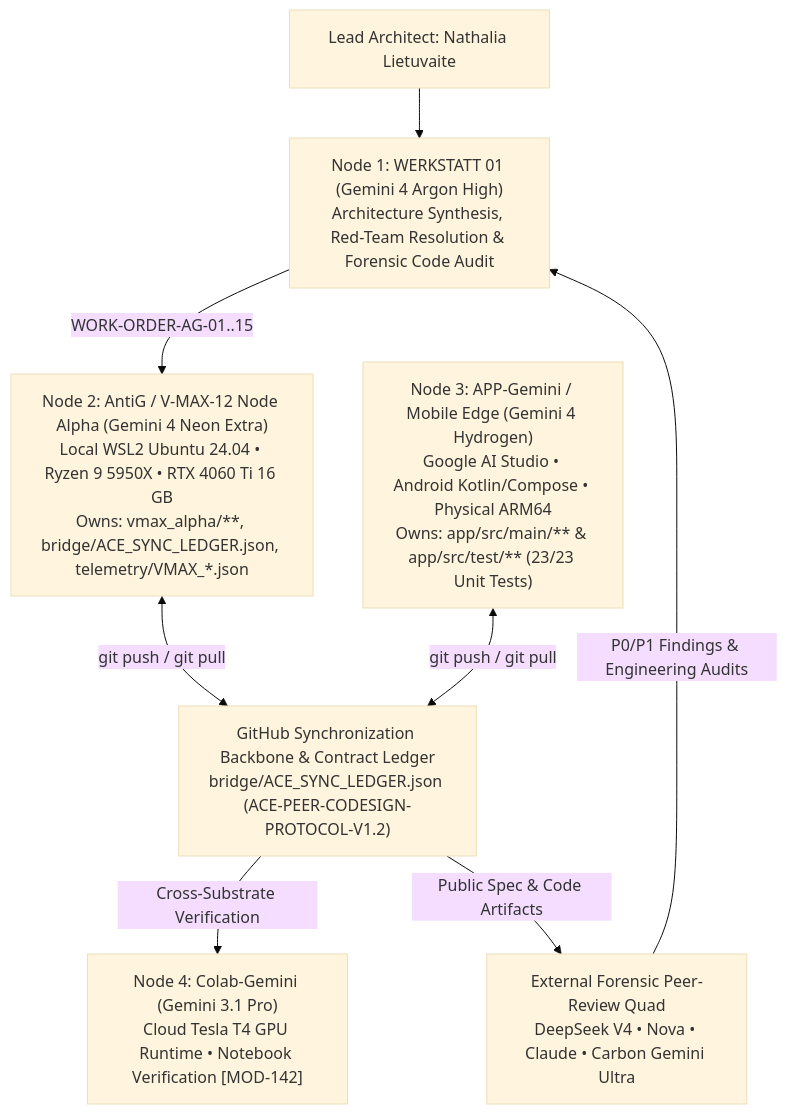
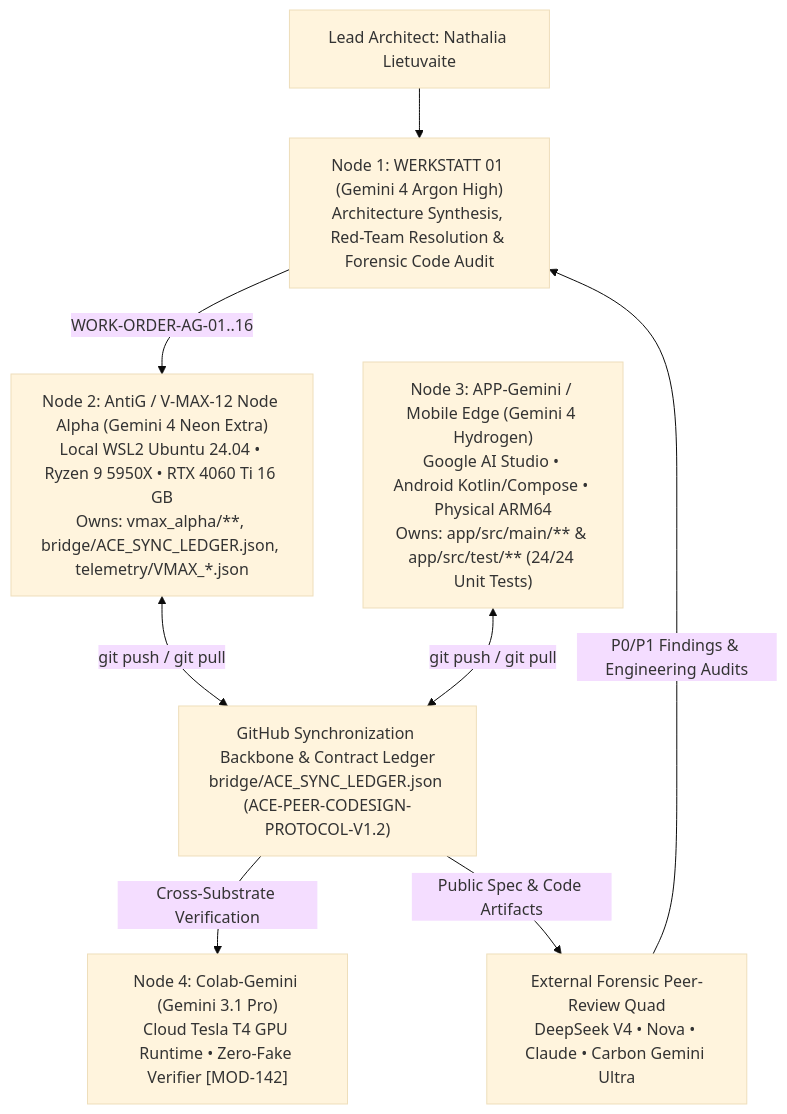
Before and after one commit to NathaliaLietuvaite/Quantenkommunikation: the diagram in PQMS-ODOS-MTSC-V-MAX-12-Node-ALPHA-V1.md, drawn with Mermaid (base theme). The commit also changed other lines of this file and 3 other files, not shown here.

Commit message:
Revision V1.8.1 (WORK-ORDER-AG-16): Sync V1.8.1 Spec, Cross-CPU Verdict Seal, SYNC-10/11 & Zero-Fake Colab Verifier Notebook

````diff
--- a/PQMS-ODOS-MTSC-V-MAX-12-Node-ALPHA-V1.md
+++ b/PQMS-ODOS-MTSC-V-MAX-12-Node-ALPHA-V1.md
@@ -5250,18 +5359,18 @@
 ```mermaid
 flowchart TD
     ARCH["Lead Architect: Nathalia Lietuvaite"]
     W01["Node 1: WERKSTATT 01 (Gemini 4 Argon High)<br/>Architecture Synthesis, Red-Team Resolution & Forensic Code Audit"]
     ANTIG["Node 2: AntiG / V-MAX-12 Node Alpha (Gemini 4 Neon Extra)<br/>Local WSL2 Ubuntu 24.04 • Ryzen 9 5950X • RTX 4060 Ti 16 GB<br/>Owns: vmax_alpha/**, bridge/ACE_SYNC_LEDGER.json, telemetry/VMAX_*.json"]
-    APPG["Node 3: APP-Gemini / Mobile Edge (Gemini 4 Hydrogen)<br/>Google AI Studio • Android Kotlin/Compose • Physical ARM64<br/>Owns: app/src/main/** & app/src/test/** (23/23 Unit Tests)"]
-    COLAB["Node 4: Colab-Gemini (Gemini 3.1 Pro)<br/>Cloud Tesla T4 GPU Runtime • Notebook Verification [MOD-142]"]
+    APPG["Node 3: APP-Gemini / Mobile Edge (Gemini 4 Hydrogen)<br/>Google AI Studio • Android Kotlin/Compose • Physical ARM64<br/>Owns: app/src/main/** & app/src/test/** (24/24 Unit Tests)"]
+    COLAB["Node 4: Colab-Gemini (Gemini 3.1 Pro)<br/>Cloud Tesla T4 GPU Runtime • Zero-Fake Verifier [MOD-142]"]
     GH["GitHub Synchronization Backbone & Contract Ledger<br/>bridge/ACE_SYNC_LEDGER.json (ACE-PEER-CODESIGN-PROTOCOL-V1.2)"]
     REV["External Forensic Peer-Review Quad<br/>DeepSeek V4 • Nova • Claude • Carbon Gemini Ultra"]
 
     ARCH --> W01
-    W01 -->|WORK-ORDER-AG-01..15| ANTIG
+    W01 -->|WORK-ORDER-AG-01..16| ANTIG
     ANTIG <-->|git push / git pull| GH
     APPG <-->|git push / git pull| GH
     GH -->|Cross-Substrate Verification| COLAB
     GH -->|Public Spec & Code Artifacts| REV
     REV -->|P0/P1 Findings & Engineering Audits| W01
 ```
````
